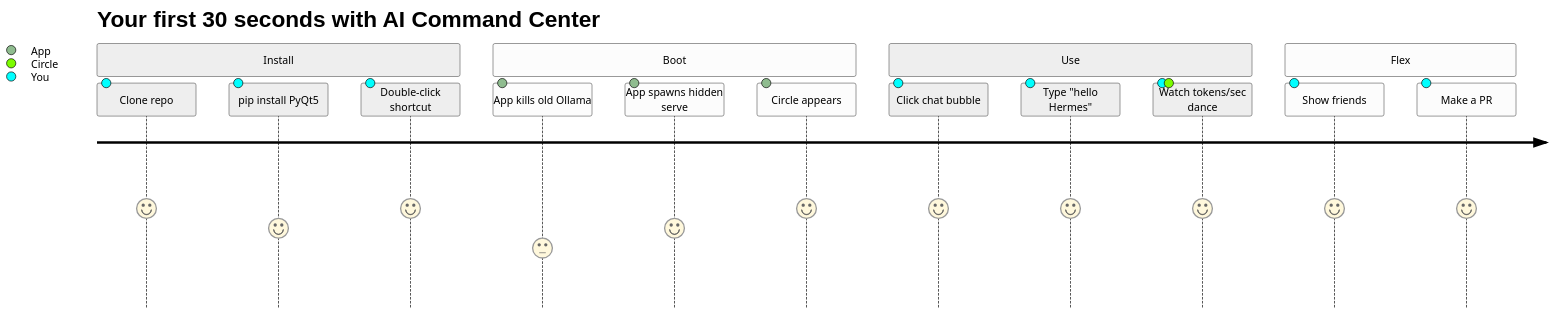
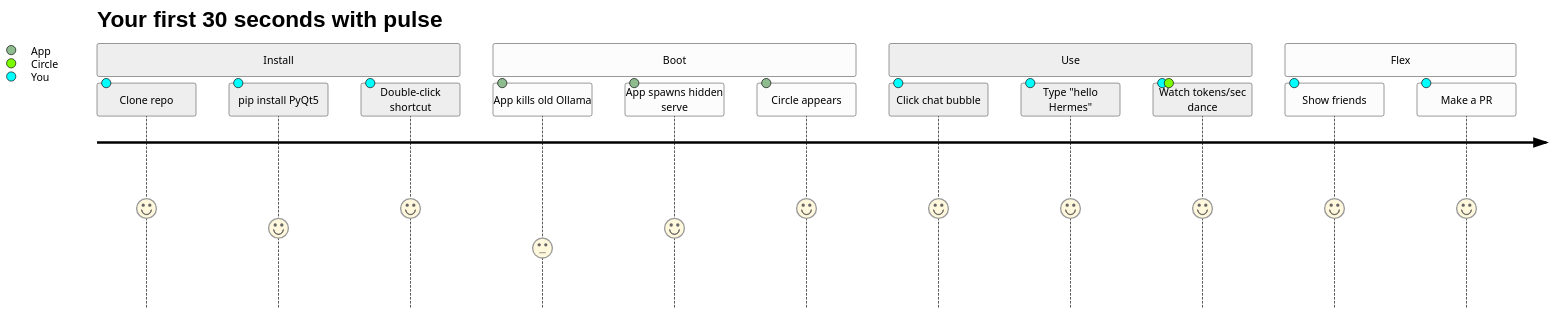
Before and after one commit to zainosta/pulse: the third of 4 diagrams in README.md, drawn with Mermaid (neutral theme). The commit also changed other lines of this file, not shown here.

````diff
--- a/README.md
+++ b/README.md
@@ -161,19 +161,19 @@
 ```mermaid
 journey
-    title Your first 30 seconds with AI Command Center
+    title Your first 30 seconds with pulse
     section Install
       Clone repo: 5: You
       pip install PyQt5: 4: You
       Double-click shortcut: 5: You
     section Boot
       App kills old Ollama: 3: App
       App spawns hidden serve: 4: App
       Circle appears: 5: App
     section Use
       Click chat bubble: 5: You
       Type "hello Hermes": 5: You
       Watch tokens/sec dance: 5: You, Circle
     section Flex
       Show friends: 5: You
       Make a PR: 5: You
 ```
````
